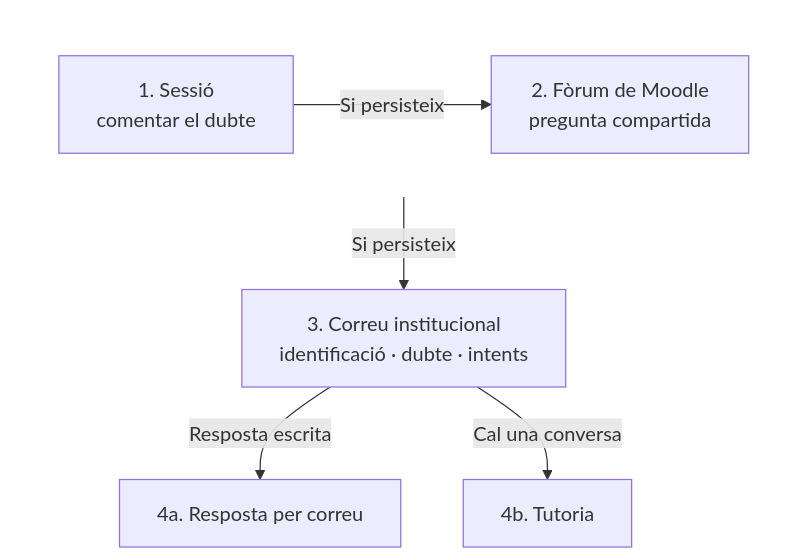
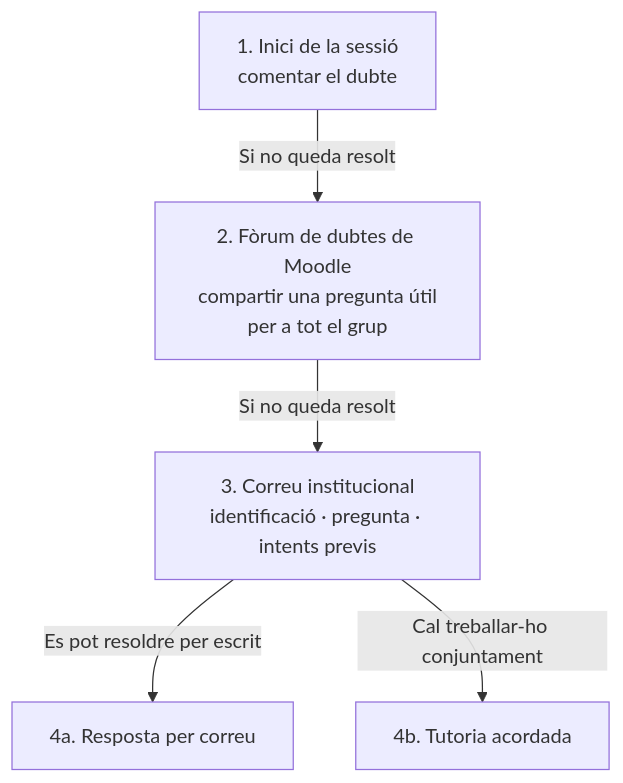
Before and after one commit to geourv/tigit: the diagram in assets/diagrams/course-question-flow.mmd, drawn with Mermaid. The commit also changed 96 other files, not shown here.

```diff
--- a/assets/diagrams/course-question-flow.mmd
+++ b/assets/diagrams/course-question-flow.mmd
@@ -1,9 +1,11 @@
 flowchart TB
-  subgraph first[ ]
-    direction LR
-    session[1. Sessió<br/>comentar el dubte] -->|Si persisteix| forum[2. Fòrum de Moodle<br/>pregunta compartida]
-  end
-  forum -->|Si persisteix| email[3. Correu institucional<br/>identificació · dubte · intents]
-  email -->|Resposta escrita| reply[4a. Resposta per correu]
-  email -->|Cal una conversa| tutorial[4b. Tutoria]
-  style first fill:none,stroke:none
+  session["1. Inici de la sessió<br/>comentar el dubte"]
+  forum["2. Fòrum de dubtes de Moodle<br/>compartir una pregunta útil<br/>per a tot el grup"]
+  email["3. Correu institucional<br/>identificació · pregunta · intents previs"]
+  reply["4a. Resposta per correu"]
+  tutorial["4b. Tutoria acordada"]
+
+  session -->|Si no queda resolt| forum
+  forum -->|Si no queda resolt| email
+  email -->|Es pot resoldre per escrit| reply
+  email -->|Cal treballar-ho conjuntament| tutorial
```
